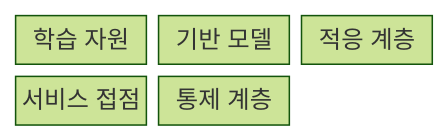
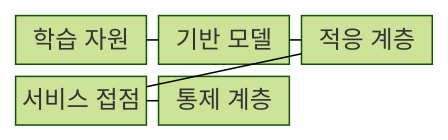
One commit to agnusdei1207/knowledge-base changed the first of 2 diagrams in src/content/docs/notes/08-latest-tech/026_foundation_model.md. Above: the diagram before and after it, drawn with Mermaid (forest theme). The commit also changed other lines of this file and 228 other files, not shown here.

````diff
--- a/src/content/docs/notes/08-latest-tech/026_foundation_model.md
+++ b/src/content/docs/notes/08-latest-tech/026_foundation_model.md
@@ -51,9 +51,13 @@
 ```mermaid
 block-beta
     columns 3
     D["학습 자원"]
     M["기반 모델"]
     A["적응 계층"]
     S["서비스 접점"]
     G["통제 계층"]
+    D --- M
+    M --- A
+    A --- S
+    S --- G
 ```
````
